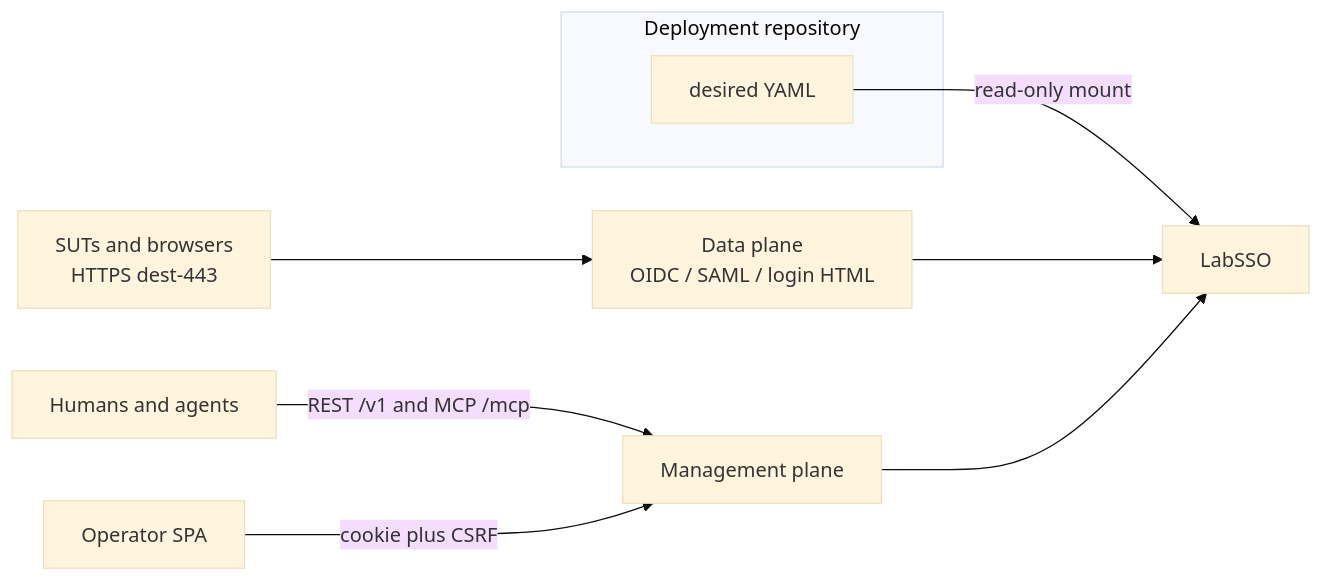
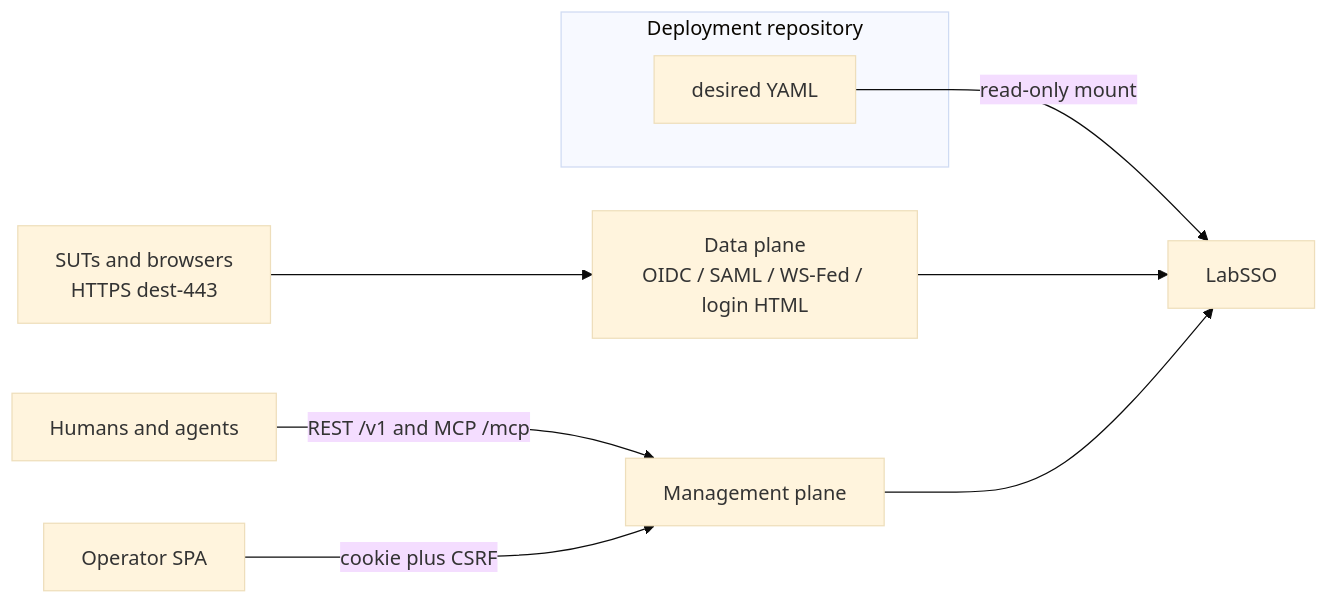
The diagram in README.md (hilather/go-lab-sso), drawn with Mermaid (base theme) before and after one commit. The commit also changed other lines of this file and 85 other files, not shown here.

````diff
--- a/README.md
+++ b/README.md
@@ -38,12 +38,12 @@
 ```mermaid
 flowchart LR
   subgraph git [Deployment repository]
     YAML[desired YAML]
   end
   YAML -->|read-only mount| LabSSO
-  SUTs[SUTs and browsers<br/>HTTPS dest-443] --> Data[Data plane<br/>OIDC / SAML / login HTML]
+  SUTs[SUTs and browsers<br/>HTTPS dest-443] --> Data[Data plane<br/>OIDC / SAML / WS-Fed / login HTML]
   Data --> LabSSO
   Agents[Humans and agents] -->|REST /v1 and MCP /mcp| Mgmt[Management plane]
   Mgmt --> LabSSO
   SPA[Operator SPA] -->|cookie plus CSRF| Mgmt
 ```
````
